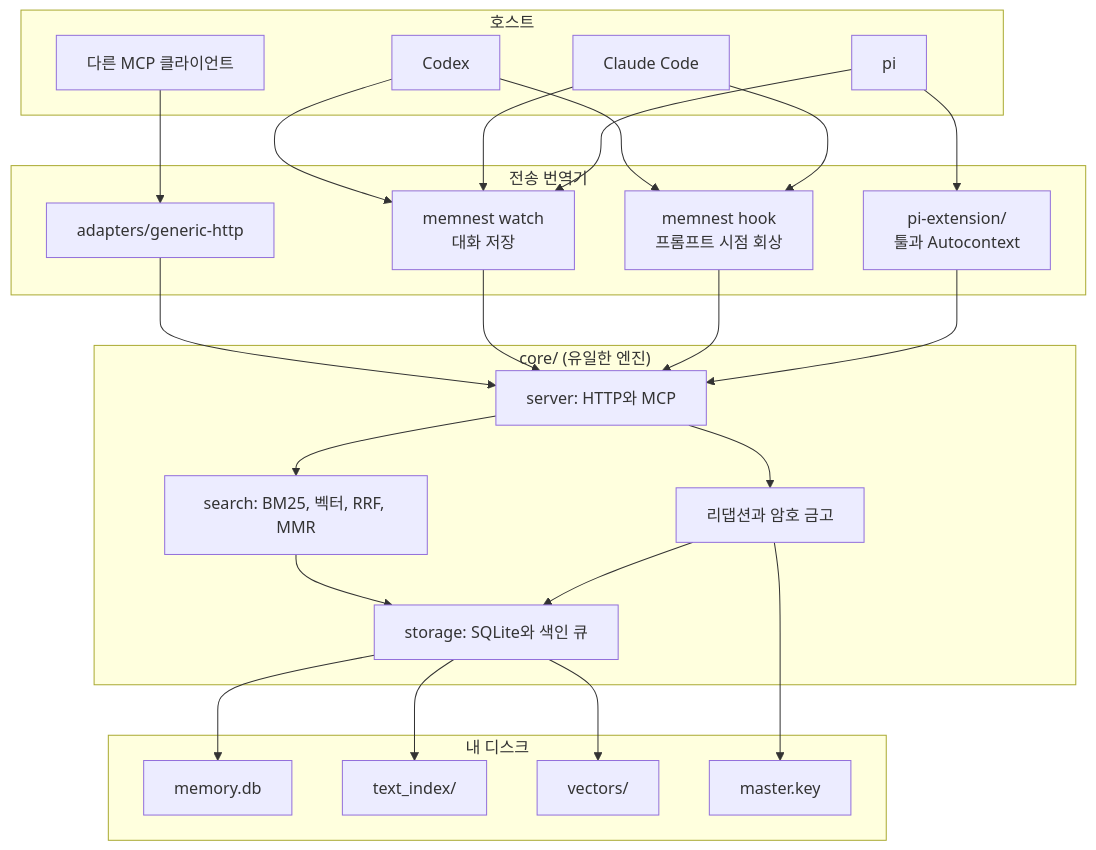
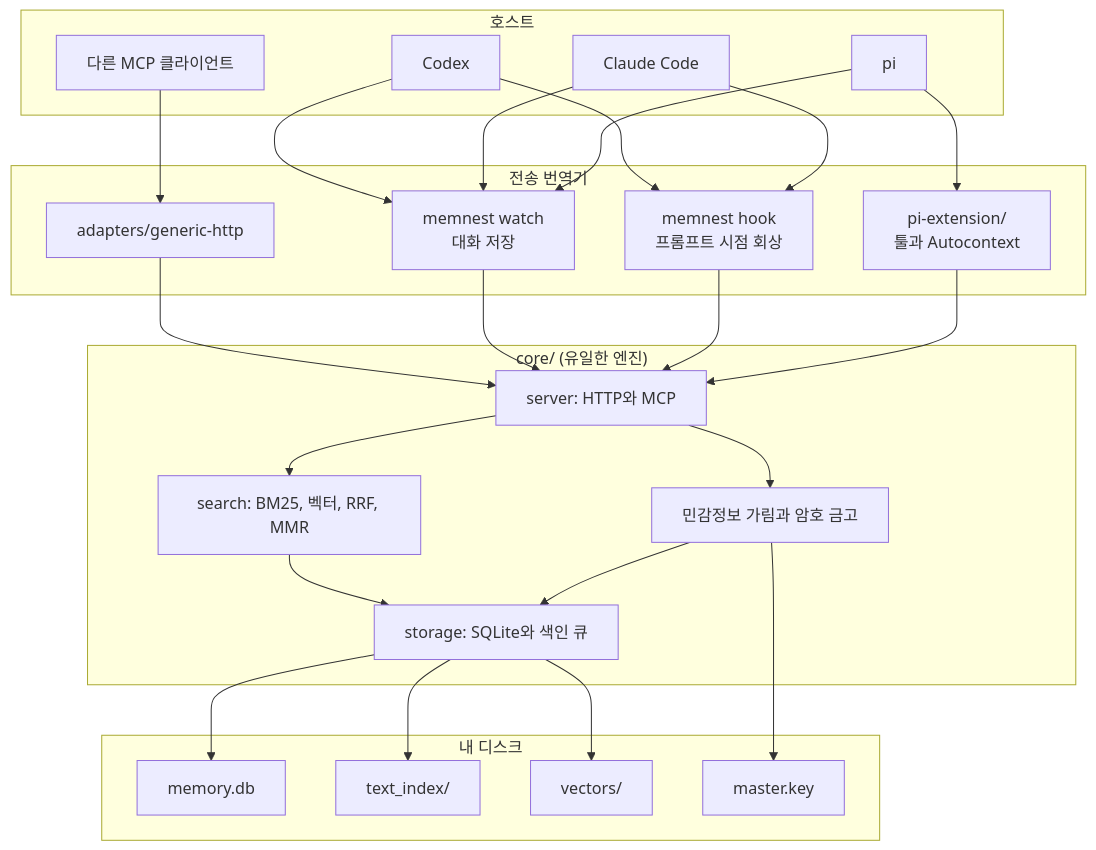
Before and after one commit to Blue-B/memnest: the second of 2 diagrams in README.ko.md, drawn with Mermaid.

Commit message:
docs(ko): fix a mistranslated node label in the architecture diagram

````diff
--- a/README.ko.md
+++ b/README.ko.md
@@ -258,52 +258,52 @@
 ```mermaid
 flowchart TB
     subgraph hosts["호스트"]
         H1["pi"]
         H2["Claude Code"]
         H3["Codex"]
         H4["다른 MCP 클라이언트"]
     end
 
     subgraph bridges["전송 번역기"]
         B1["pi-extension/<br/>툴과 Autocontext"]
         B2["memnest hook<br/>프롬프트 시점 회상"]
         B3["memnest watch<br/>대화 저장"]
         B4["adapters/generic-http"]
     end
 
     subgraph engine["core/ (유일한 엔진)"]
         C1["server: HTTP와 MCP"]
-        C2["리댑션과 암호 금고"]
+        C2["민감정보 가림과 암호 금고"]
         C3["search: BM25, 벡터, RRF, MMR"]
         C4["storage: SQLite와 색인 큐"]
     end
 
     subgraph disk["내 디스크"]
         D1["memory.db"]
         D2["text_index/"]
         D3["vectors/"]
         D4["master.key"]
     end
 
     H1 --> B1
     H2 --> B2
     H3 --> B2
     H4 --> B4
     H1 --> B3
     H2 --> B3
     H3 --> B3
 
     B1 --> C1
     B2 --> C1
     B3 --> C1
     B4 --> C1
 
     C1 --> C2
     C2 --> C4
     C1 --> C3
     C3 --> C4
     C4 --> D1
     C4 --> D2
     C4 --> D3
     C2 --> D4
 ```
````
